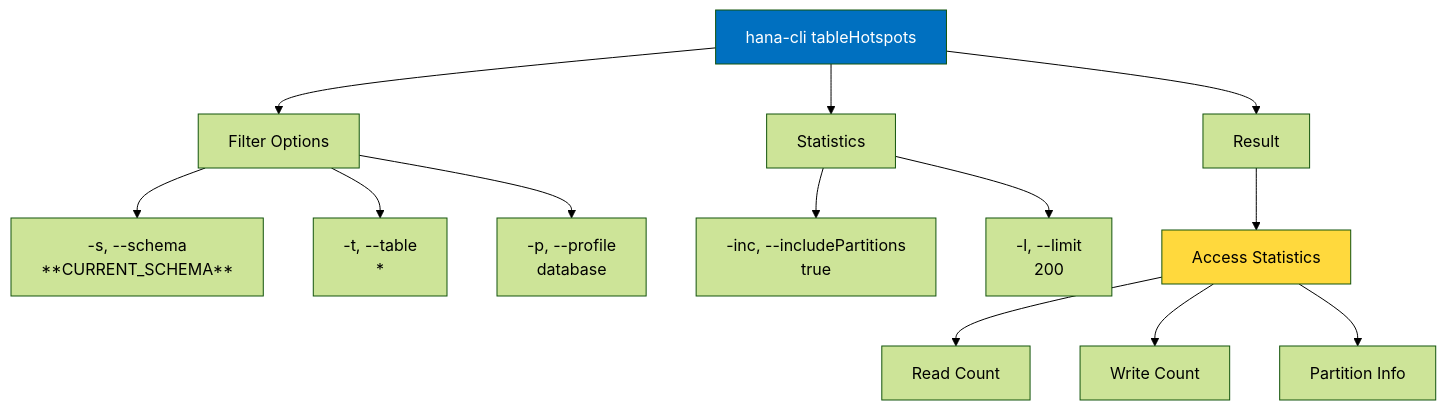
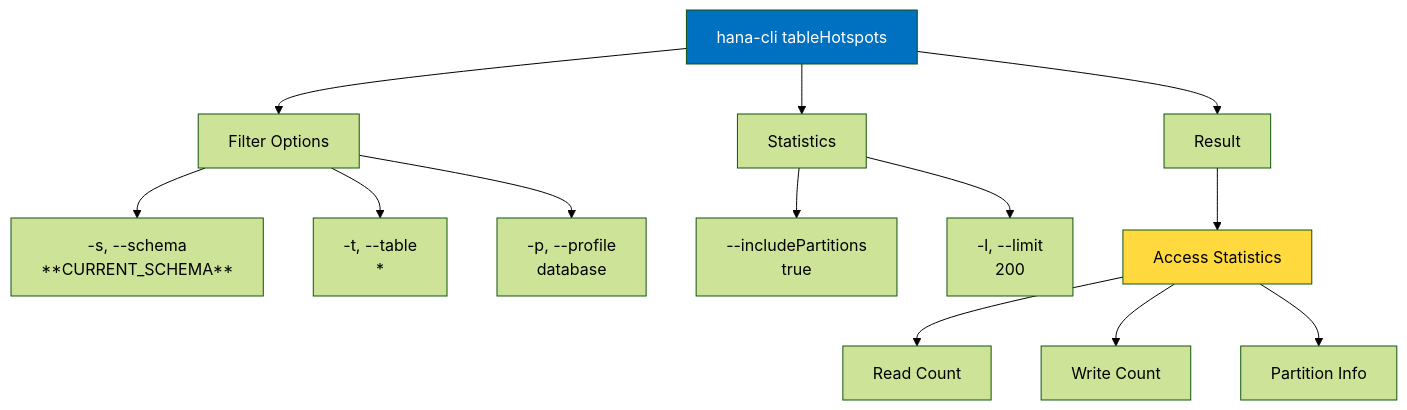
One commit to SAP-samples/hana-developer-cli-tool-example changed diagram 17 of 26 in docs/99-reference/command-reference.md. Above: the diagram before and after it, drawn with Mermaid (forest theme). The commit also changed other lines of this file and 10 other files, not shown here.

````diff
--- a/docs/99-reference/command-reference.md
+++ b/docs/99-reference/command-reference.md
@@ -655,20 +660,20 @@
 ```mermaid
 graph TD
     A["hana-cli tableHotspots"] --> B["Filter Options"]
     B --> B1["-s, --schema<br/>**CURRENT_SCHEMA**"]
     B --> B2["-t, --table<br/>*"]
     B --> B3["-p, --profile<br/>database"]
     
     A --> C["Statistics"]
-    C --> C1["-inc, --includePartitions<br/>true"]
+    C --> C1["--includePartitions<br/>true"]
     C --> C2["-l, --limit<br/>200"]
     
     A --> D["Result"]
     D --> E["Access Statistics"]
     E --> E1["Read Count"]
     E --> E2["Write Count"]
     E --> E3["Partition Info"]
     
     style A fill:#0070C0,color:#fff
     style E fill:#FFD93D,color:#000
 ```
````
